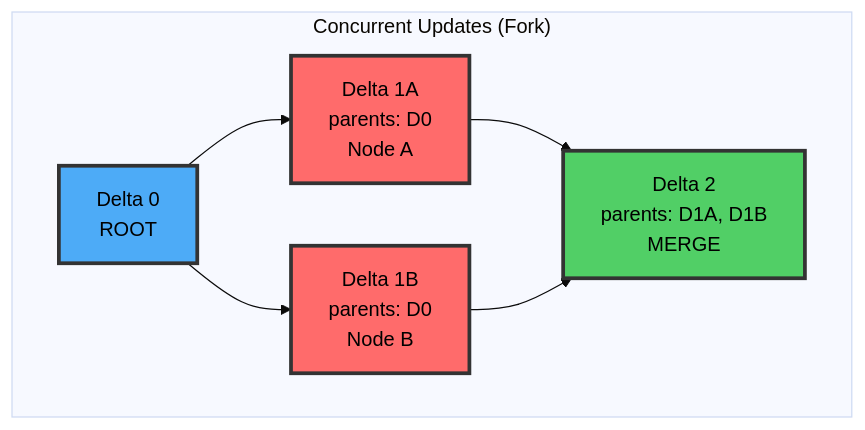
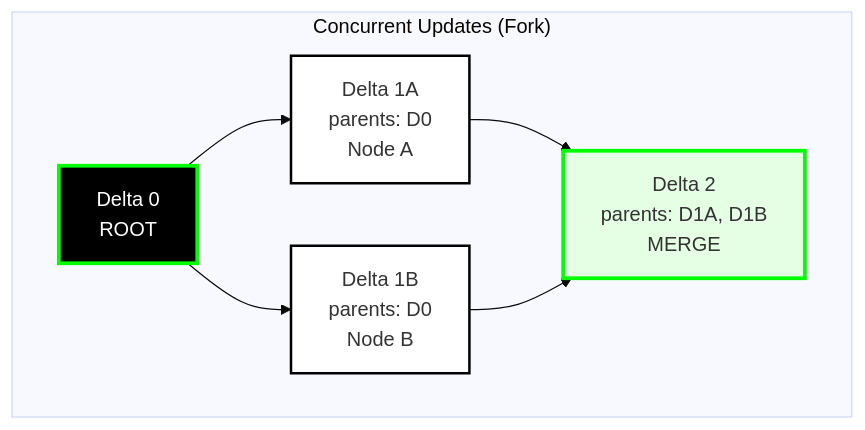
Before and after one commit to calimero-network/docs: the fourth of 4 diagrams in docs/core-concepts/architecture.md, drawn with Mermaid (base theme). The commit also changed other lines of this file and 6 other files, not shown here.

First line of the commit message:
fix: Update all Mermaid diagrams to use black/green color scheme

````diff
--- a/docs/core-concepts/architecture.md
+++ b/docs/core-concepts/architecture.md
@@ -151,19 +136,19 @@
 ```mermaid
 graph TB
     subgraph "Concurrent Updates (Fork)"
         F0[Delta 0<br/>ROOT]
         F1A[Delta 1A<br/>parents: D0<br/>Node A]
         F1B[Delta 1B<br/>parents: D0<br/>Node B]
         F2[Delta 2<br/>parents: D1A, D1B<br/>MERGE]
         
         F0 --> F1A
         F0 --> F1B
         F1A --> F2
         F1B --> F2
     end
     
-    style F0 fill:#4DABF7,stroke:#333,stroke-width:3px,color:#000
-    style F1A fill:#FF6B6B,stroke:#333,stroke-width:3px,color:#000
-    style F1B fill:#FF6B6B,stroke:#333,stroke-width:3px,color:#000
-    style F2 fill:#51CF66,stroke:#333,stroke-width:3px,color:#000
+    style F0 fill:#000000,stroke:#00ff00,stroke-width:3px,color:#ffffff
+    style F1A fill:#ffffff,stroke:#000000,stroke-width:2px
+    style F1B fill:#ffffff,stroke:#000000,stroke-width:2px
+    style F2 fill:#e5ffe5,stroke:#00ff00,stroke-width:3px
 ```
````
